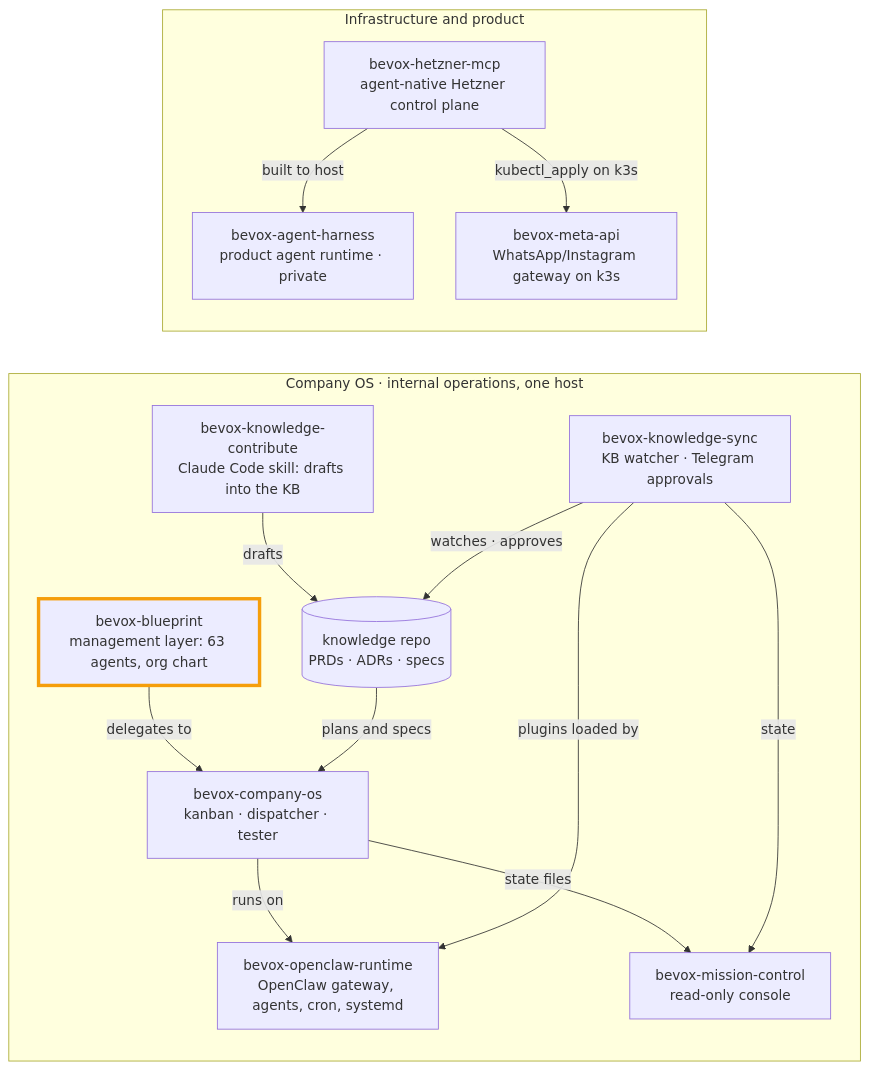
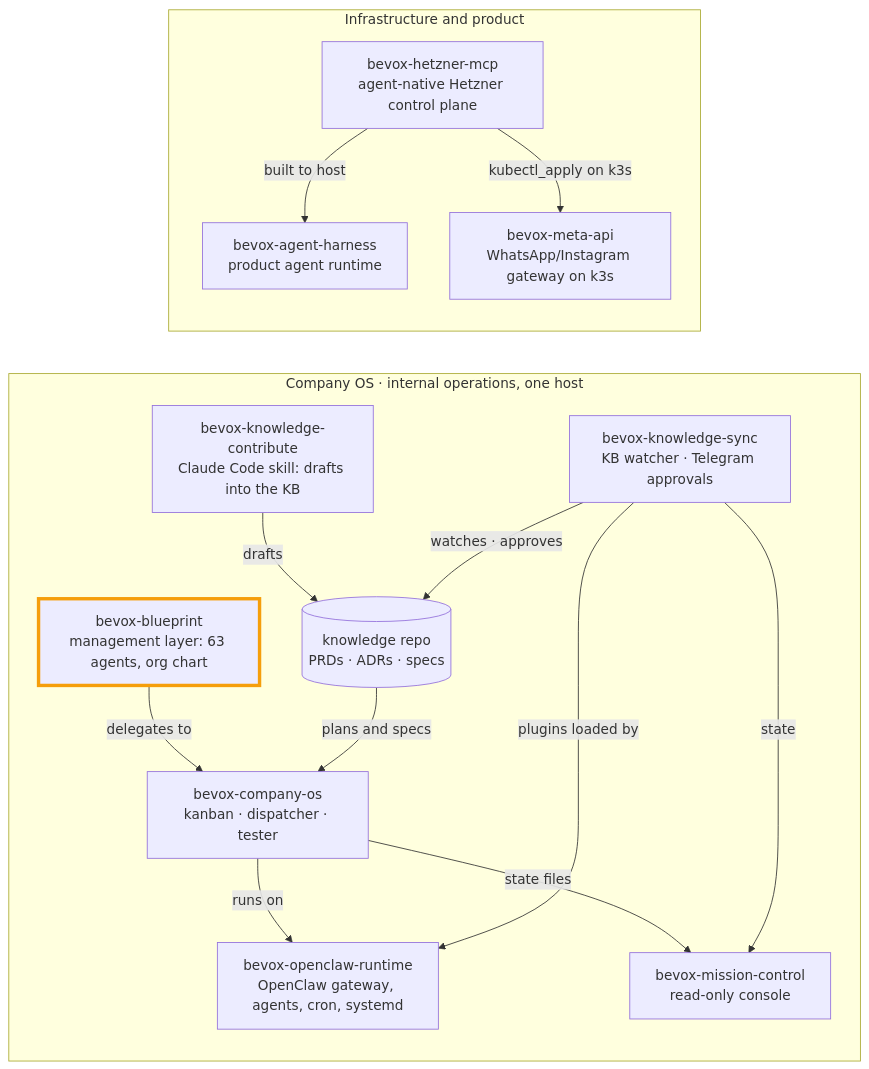
The diagram in README.md (bernardTavares/bevox-blueprint), drawn with Mermaid before and after one commit. The commit also changed other lines of this file, not shown here.

Commit message:
docs: link bevox-agent-harness (now public) in the repo map
Claude-Session: https://claude.ai/code/session_01Qj817cr8c8u4ecWaCmkuX1

````diff
--- a/README.md
+++ b/README.md
@@ -90,31 +90,31 @@
 ```mermaid
 flowchart LR
   subgraph OPS["Company OS · internal operations, one host"]
     direction TB
     BP["bevox-blueprint<br/>management layer: 63 agents, org chart"]
     RT["bevox-openclaw-runtime<br/>OpenClaw gateway, agents, cron, systemd"]
     COS["bevox-company-os<br/>kanban · dispatcher · tester"]
     MC["bevox-mission-control<br/>read-only console"]
     KS["bevox-knowledge-sync<br/>KB watcher · Telegram approvals"]
     KC["bevox-knowledge-contribute<br/>Claude Code skill: drafts into the KB"]
     KB[("knowledge repo<br/>PRDs · ADRs · specs")]
   end
   subgraph INFRA["Infrastructure and product"]
     direction TB
     HZ["bevox-hetzner-mcp<br/>agent-native Hetzner control plane"]
-    H["bevox-agent-harness<br/>product agent runtime · private"]
+    H["bevox-agent-harness<br/>product agent runtime"]
     MA["bevox-meta-api<br/>WhatsApp/Instagram gateway on k3s"]
   end
   BP -->|delegates to| COS
   COS -->|runs on| RT
   KS -->|plugins loaded by| RT
   KC -->|drafts| KB
   KS -->|watches · approves| KB
   KB -->|plans and specs| COS
   COS -->|state files| MC
   KS -->|state| MC
   HZ -->|built to host| H
   HZ -->|kubectl_apply on k3s| MA
   classDef here stroke:#f59e0b,stroke-width:4px
   class BP here
 ```
````
